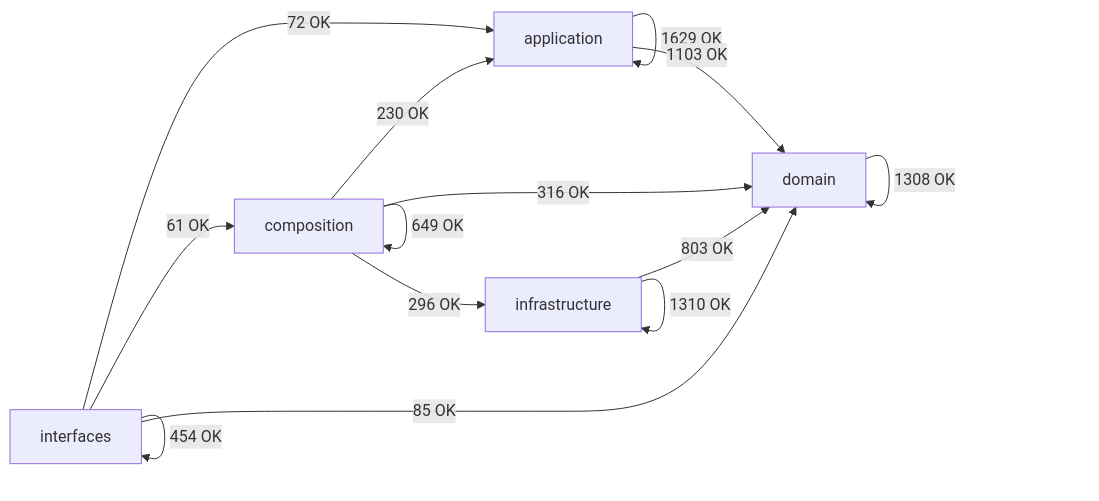
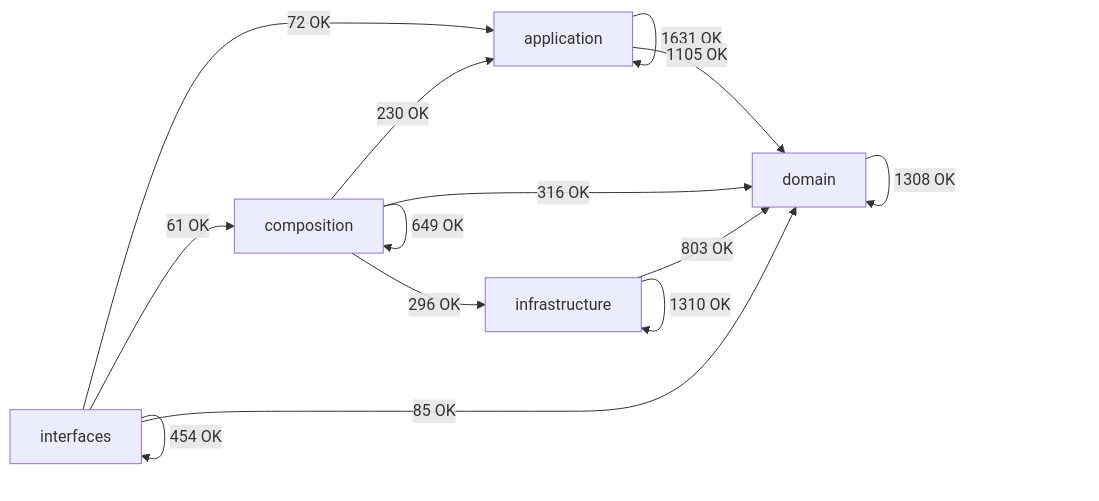
The diagram in docs/02-architecture/generated/module-dependency-map.md (SatoryKono/BioactivityDataAcquisition), drawn with Mermaid before and after one commit. The commit also changed other lines of this file and 120 other files, not shown here.

````diff
--- a/docs/02-architecture/generated/module-dependency-map.md
+++ b/docs/02-architecture/generated/module-dependency-map.md
@@ -17,21 +17,21 @@
 ```mermaid
 flowchart LR
     domain[domain]
     application[application]
     infrastructure[infrastructure]
     composition[composition]
     interfaces[interfaces]
-    application -->|1629 OK| application
-    application -->|1103 OK| domain
+    application -->|1631 OK| application
+    application -->|1105 OK| domain
     composition -->|230 OK| application
     composition -->|649 OK| composition
     composition -->|316 OK| domain
     composition -->|296 OK| infrastructure
     domain -->|1308 OK| domain
     infrastructure -->|803 OK| domain
     infrastructure -->|1310 OK| infrastructure
     interfaces -->|72 OK| application
     interfaces -->|61 OK| composition
     interfaces -->|85 OK| domain
     interfaces -->|454 OK| interfaces
 ```
````
